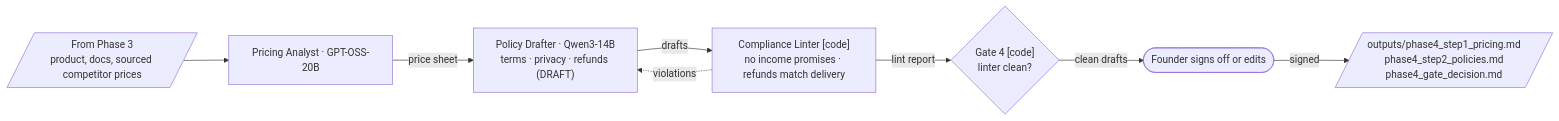
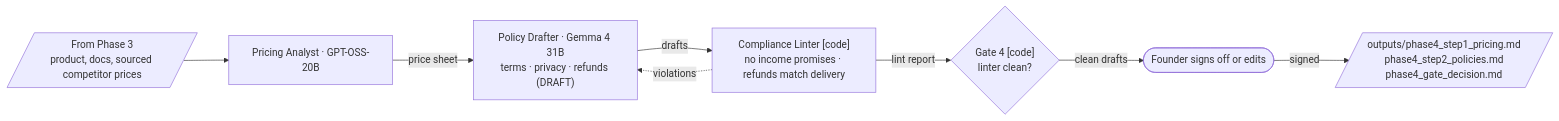
One commit to Lotr2/sudo_win changed the sixth of 8 diagrams in docs/phase-workflows.md. Above: the diagram before and after it, drawn with Mermaid. The commit also changed other lines of this file and 15 other files, not shown here.

First line of the commit message:
Switch second model from Qwen3-14B to Gemma 4 31B on the Gemini API

````diff
--- a/docs/phase-workflows.md
+++ b/docs/phase-workflows.md
@@ -156,14 +156,14 @@
 ```mermaid
 flowchart LR
   in4[/"From Phase 3<br/>product, docs, sourced competitor prices"/]
   price["Pricing Analyst · GPT-OSS-20B"]
-  pol["Policy Drafter · Qwen3-14B<br/>terms · privacy · refunds (DRAFT)"]
+  pol["Policy Drafter · Gemma 4 31B<br/>terms · privacy · refunds (DRAFT)"]
   cl["Compliance Linter [code]<br/>no income promises · refunds match delivery"]
   g4{"Gate 4 [code]<br/>linter clean?"}
   f4(["Founder signs off or edits"])
   out4[/"outputs/phase4_step1_pricing.md<br/>phase4_step2_policies.md<br/>phase4_gate_decision.md"/]
 
   in4 --> price -->|price sheet| pol -->|drafts| cl
   cl -.->|violations| pol
   cl -->|lint report| g4 -->|clean drafts| f4 -->|signed| out4
 ```
````
